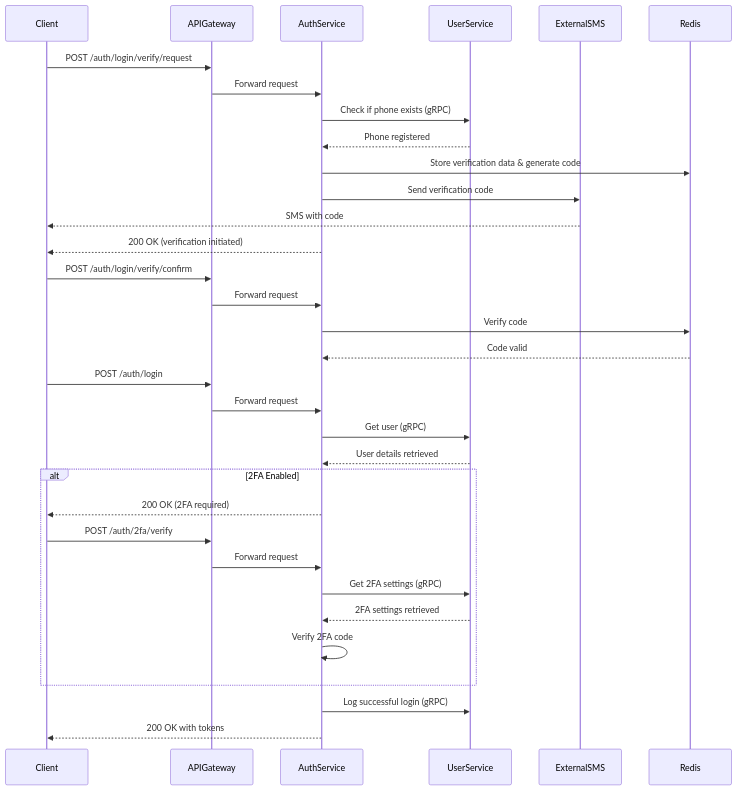
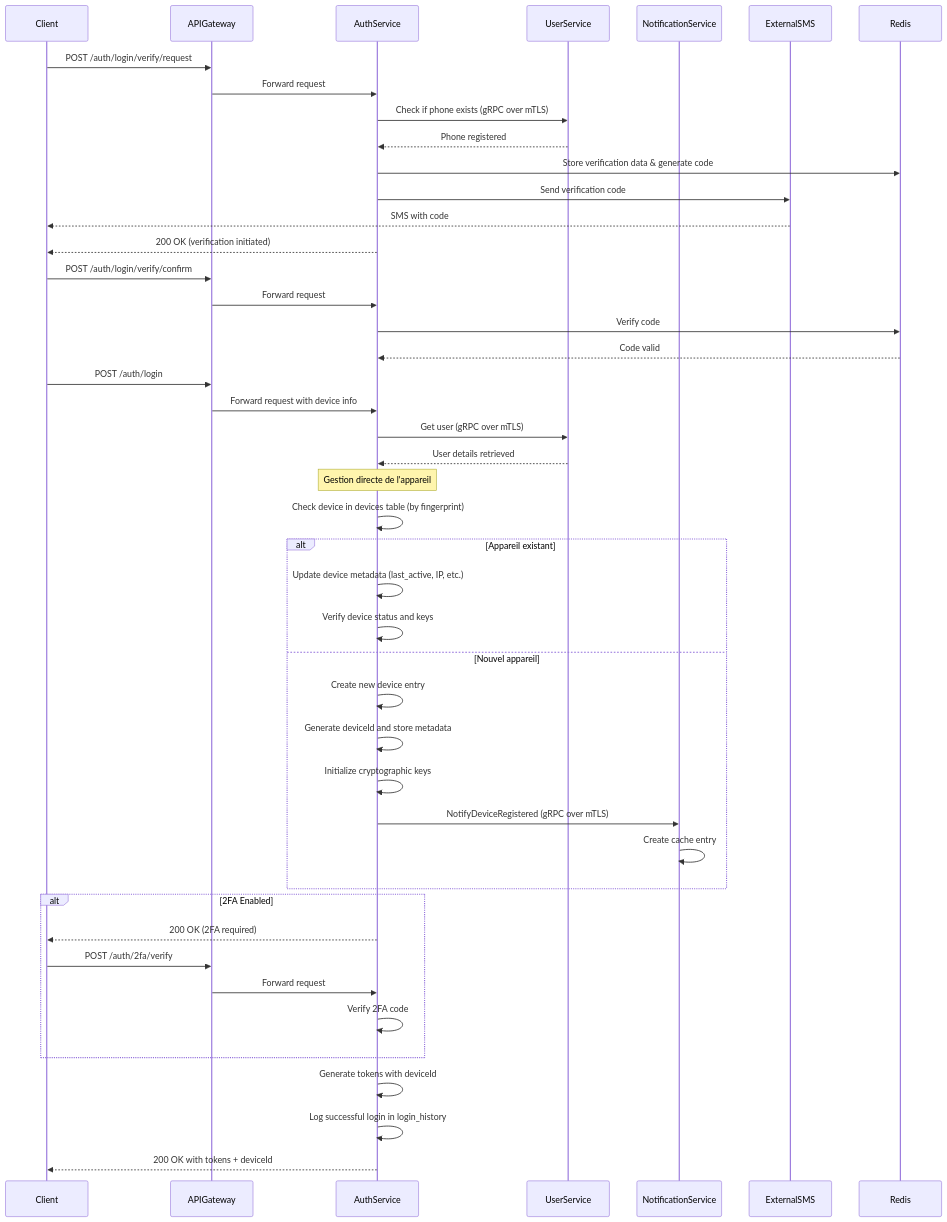
The third of 4 diagrams in documentation/2_fonctional_specs/1_authentication.md (whispr-messenger/auth-service), drawn with Mermaid before and after one commit. The commit also changed other lines of this file and 4 other files, not shown here.

Commit message:
📝 Update devices data managed by auth service

````diff
--- a/documentation/2_fonctional_specs/1_authentication.md
+++ b/documentation/2_fonctional_specs/1_authentication.md
@@ -106,40 +198,55 @@
 ```mermaid
 sequenceDiagram
     participant Client
     participant APIGateway
     participant AuthService
     participant UserService
+    participant NotificationService
     participant ExternalSMS
     participant Redis
     
     Client->>APIGateway: POST /auth/login/verify/request
     APIGateway->>AuthService: Forward request
-    AuthService->>UserService: Check if phone exists (gRPC)
+    AuthService->>UserService: Check if phone exists (gRPC over mTLS)
     UserService-->>AuthService: Phone registered
     AuthService->>Redis: Store verification data & generate code
     AuthService->>ExternalSMS: Send verification code
     ExternalSMS-->>Client: SMS with code
     AuthService-->>Client: 200 OK (verification initiated)
     
     Client->>APIGateway: POST /auth/login/verify/confirm
     APIGateway->>AuthService: Forward request
     AuthService->>Redis: Verify code
     Redis-->>AuthService: Code valid
     
     Client->>APIGateway: POST /auth/login
-    APIGateway->>AuthService: Forward request
-    AuthService->>UserService: Get user (gRPC)
+    APIGateway->>AuthService: Forward request with device info
+    AuthService->>UserService: Get user (gRPC over mTLS)
     UserService-->>AuthService: User details retrieved
+    
+    Note over AuthService: Gestion directe de l'appareil
+    AuthService->>AuthService: Check device in devices table (by fingerprint)
+    
+    alt Appareil existant
+        AuthService->>AuthService: Update device metadata (last_active, IP, etc.)
+        AuthService->>AuthService: Verify device status and keys
+    else Nouvel appareil
+        AuthService->>AuthService: Create new device entry
+        AuthService->>AuthService: Generate deviceId and store metadata
+        AuthService->>AuthService: Initialize cryptographic keys
+        
+        AuthService->>NotificationService: NotifyDeviceRegistered (gRPC over mTLS)
+        NotificationService->>NotificationService: Create cache entry
+    end
     
     alt 2FA Enabled
         AuthService-->>Client: 200 OK (2FA required)
         Client->>APIGateway: POST /auth/2fa/verify
         APIGateway->>AuthService: Forward request
-        AuthService->>UserService: Get 2FA settings (gRPC)
-        UserService-->>AuthService: 2FA settings retrieved
         AuthService->>AuthService: Verify 2FA code
     end
     
-    AuthService->>UserService: Log successful login (gRPC)
-    AuthService-->>Client: 200 OK with tokens
+    AuthService->>AuthService: Generate tokens with deviceId
+    AuthService->>AuthService: Log successful login in login_history
+    AuthService-->>Client: 200 OK with tokens + deviceId
 ```
````
